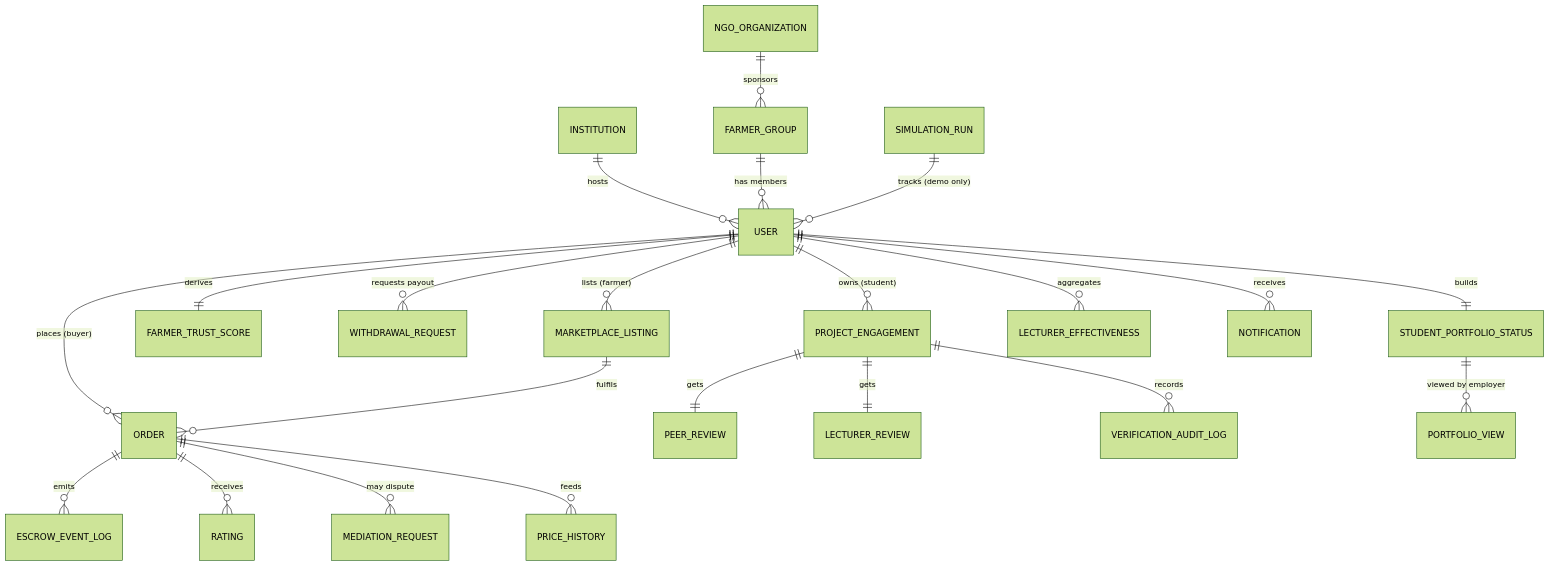
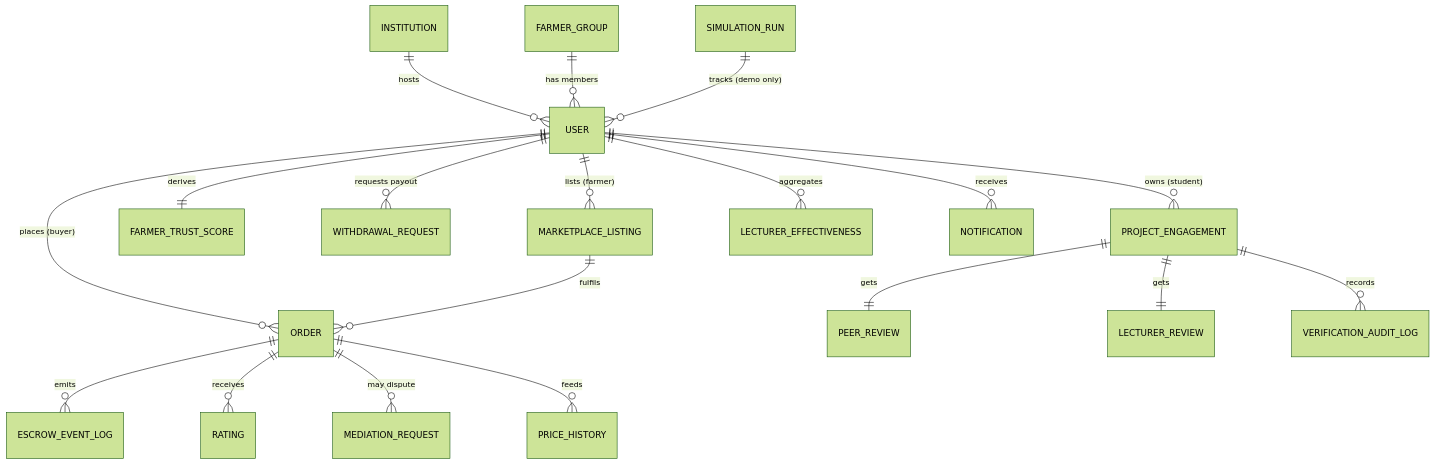
One commit to JafarHussein/umoja-hub changed the sixth of 9 diagrams in README.md. Above: the diagram before and after it, drawn with Mermaid (forest theme). The commit also changed other lines of this file and 23 other files, not shown here.

````diff
--- a/README.md
+++ b/README.md
@@ -390,26 +382,23 @@
 ```mermaid
 erDiagram
   USER ||--o{ MARKETPLACE_LISTING : "lists (farmer)"
   USER ||--o{ ORDER : "places (buyer)"
   USER ||--|| FARMER_TRUST_SCORE : "derives"
   MARKETPLACE_LISTING ||--o{ ORDER : "fulfils"
   ORDER ||--o{ ESCROW_EVENT_LOG : "emits"
   ORDER ||--o{ RATING : "receives"
   ORDER ||--o{ MEDIATION_REQUEST : "may dispute"
   USER ||--o{ WITHDRAWAL_REQUEST : "requests payout"
   ORDER ||--o{ PRICE_HISTORY : "feeds"
 
   USER ||--o{ PROJECT_ENGAGEMENT : "owns (student)"
   PROJECT_ENGAGEMENT ||--|| PEER_REVIEW : "gets"
   PROJECT_ENGAGEMENT ||--|| LECTURER_REVIEW : "gets"
   PROJECT_ENGAGEMENT ||--o{ VERIFICATION_AUDIT_LOG : "records"
-  USER ||--|| STUDENT_PORTFOLIO_STATUS : "builds"
-  STUDENT_PORTFOLIO_STATUS ||--o{ PORTFOLIO_VIEW : "viewed by employer"
   USER ||--o{ LECTURER_EFFECTIVENESS : "aggregates"
 
   INSTITUTION ||--o{ USER : "hosts"
-  NGO_ORGANIZATION ||--o{ FARMER_GROUP : "sponsors"
   FARMER_GROUP ||--o{ USER : "has members"
   USER ||--o{ NOTIFICATION : "receives"
   SIMULATION_RUN ||--o{ USER : "tracks (demo only)"
 ```
````
